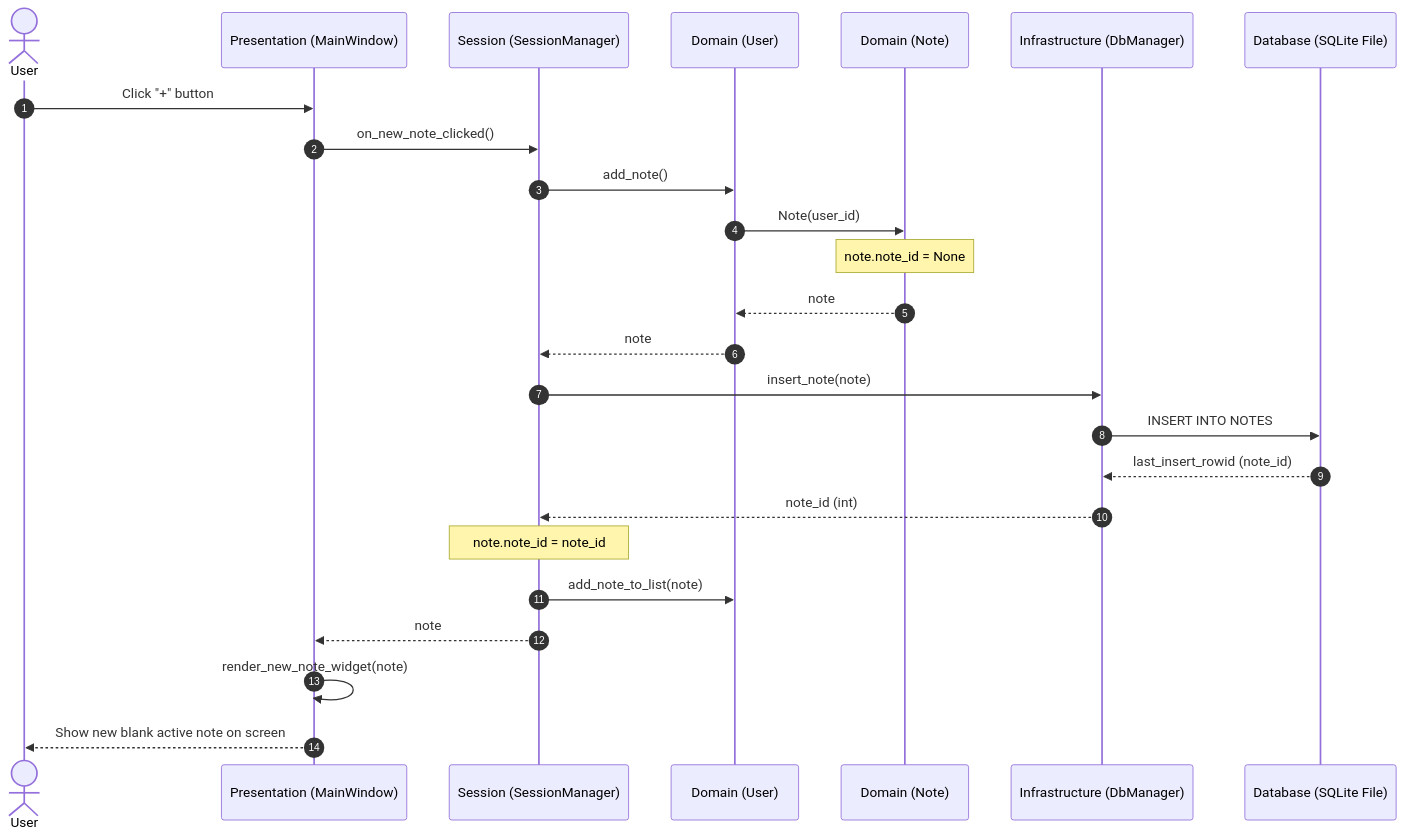
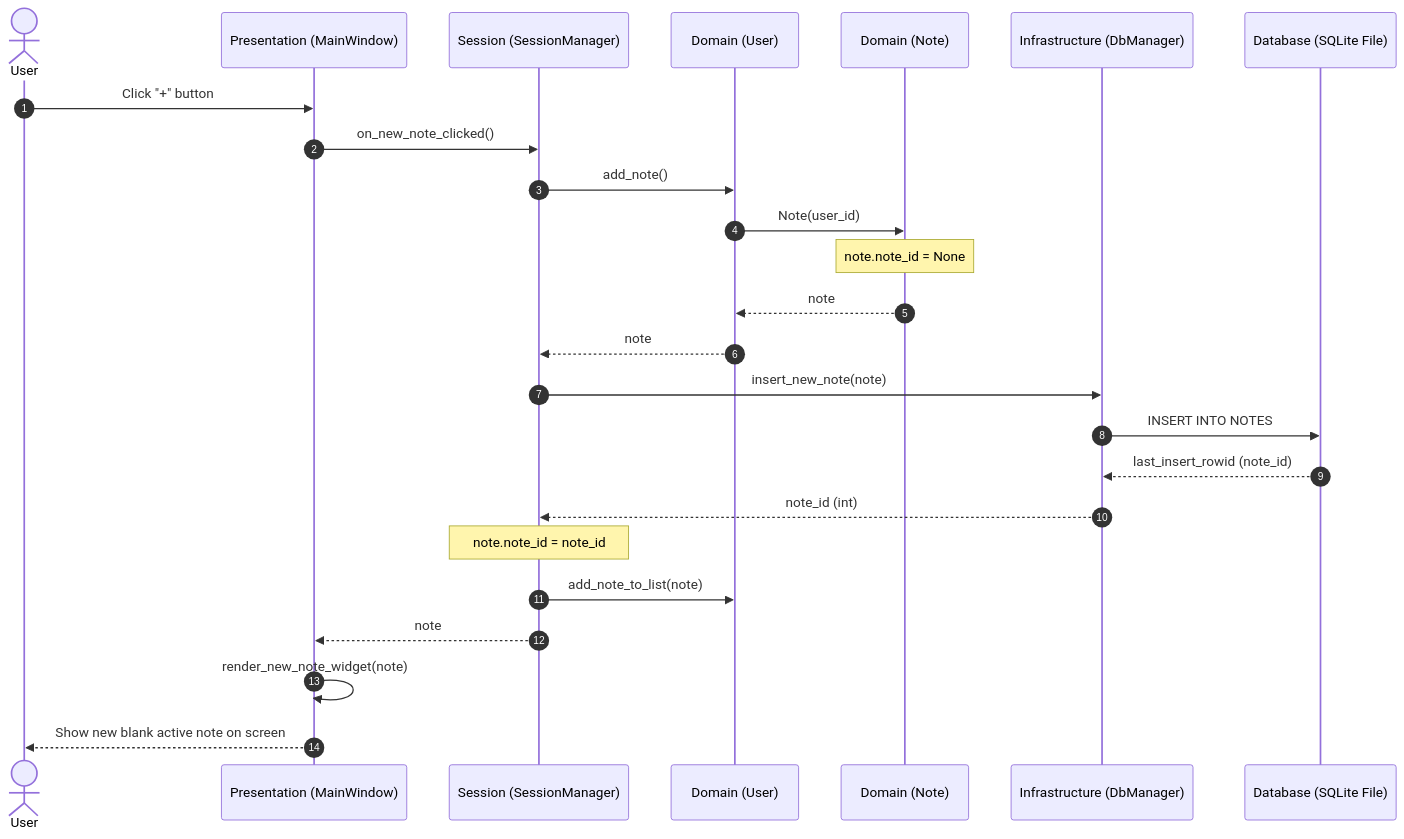
The third of 5 diagrams in README.md (gboudon-dev/cheat-sheet), drawn with Mermaid before and after one commit. The commit also changed 4 other files, not shown here.

````diff
--- a/README.md
+++ b/README.md
@@ -232,28 +232,28 @@
 ```mermaid
 sequenceDiagram
     autonumber
     actor User as User
     participant Win as Presentation (MainWindow)
     participant SM as Session (SessionManager)
     participant ModelUser as Domain (User)
     participant ModelNote as Domain (Note)
     participant Repo as Infrastructure (DbManager)
     participant DB as Database (SQLite File)
 
     User ->> Win : Click "+" button
     Win ->> SM : on_new_note_clicked()
     SM ->> ModelUser : add_note()
     ModelUser ->> ModelNote : Note(user_id)
     Note over ModelNote : note.note_id = None
     ModelNote -->> ModelUser : note
     ModelUser -->> SM : note
-    SM ->> Repo : insert_note(note)
+    SM ->> Repo : insert_new_note(note)
     Repo ->> DB : INSERT INTO NOTES
     DB -->> Repo : last_insert_rowid (note_id)
     Repo -->> SM : note_id (int)
     Note over SM : note.note_id = note_id
     SM ->> ModelUser : add_note_to_list(note)
     SM -->> Win : note
     Win ->> Win : render_new_note_widget(note)
     Win -->> User : Show new blank active note on screen
 ```
````
